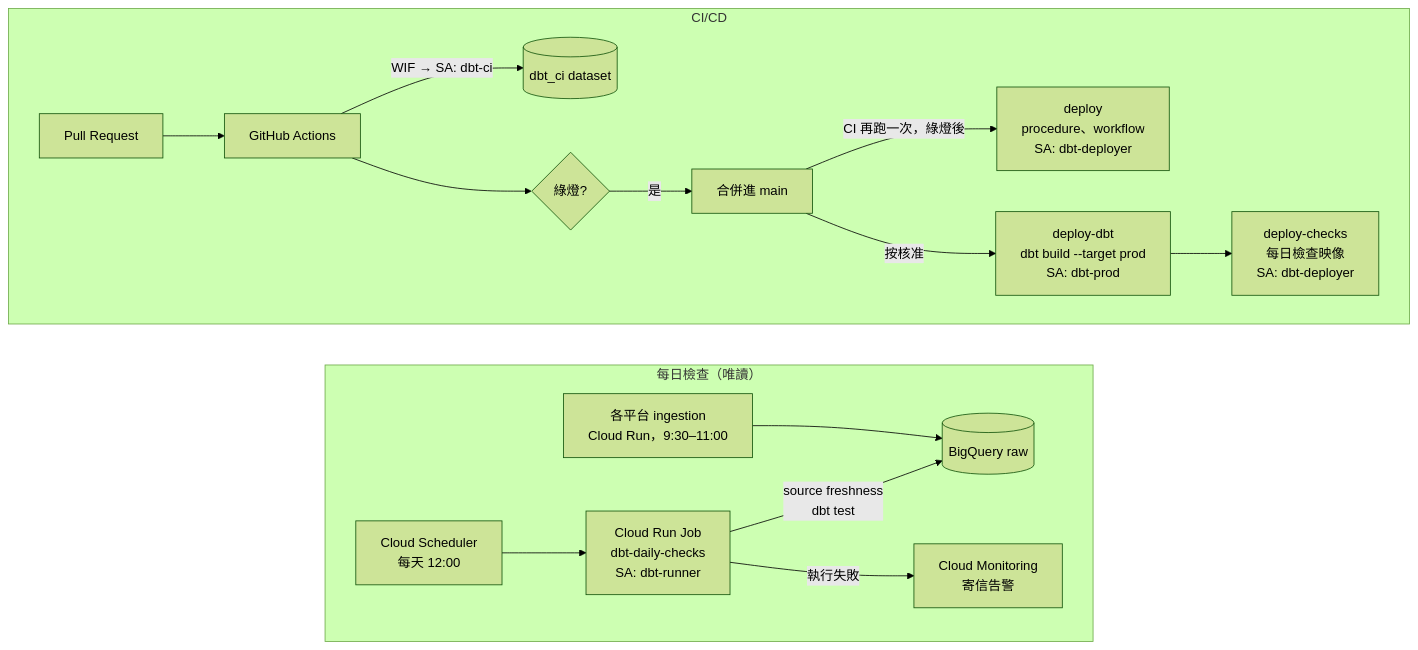
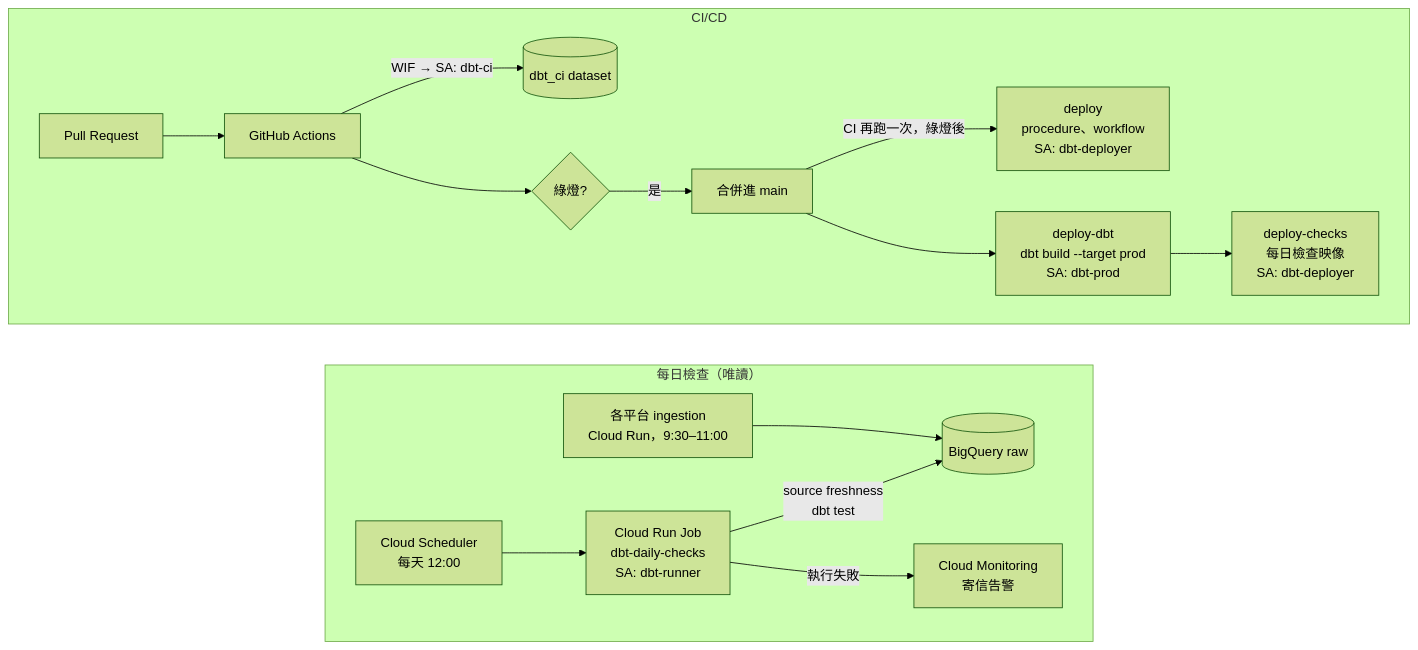
Before and after one commit to shangweiyang79/taiwanplus-dbt: the first of 2 diagrams in orchestration/README.md, drawn with Mermaid (forest theme). The commit also changed other lines of this file and 2 other files, not shown here.

First line of the commit message:
Run dbt build --target prod automatically after merge

````diff
--- a/orchestration/README.md
+++ b/orchestration/README.md
@@ -5,19 +5,19 @@
 ```mermaid
 flowchart LR
     subgraph daily["每日檢查（唯讀）"]
         direction LR
         ING["各平台 ingestion<br/>Cloud Run，9:30–11:00"] --> RAW[("BigQuery raw")]
         SCH["Cloud Scheduler<br/>每天 12:00"] --> JOB["Cloud Run Job<br/>dbt-daily-checks<br/>SA: dbt-runner"]
         JOB -->|"source freshness<br/>dbt test"| RAW
         JOB -->|執行失敗| MON["Cloud Monitoring<br/>寄信告警"]
     end
     subgraph ci["CI/CD"]
         direction LR
         PR["Pull Request"] --> GHA["GitHub Actions"]
         GHA -->|"WIF → SA: dbt-ci"| CIDS[("dbt_ci dataset")]
         GHA --> CHK{"綠燈?"}
         CHK -->|是| MAIN["合併進 main"]
         MAIN -->|"CI 再跑一次，綠燈後"| DEP["deploy<br/>procedure、workflow<br/>SA: dbt-deployer"]
-        MAIN -->|"按核准"| DDBT["deploy-dbt<br/>dbt build --target prod<br/>SA: dbt-prod"] --> DCHK["deploy-checks<br/>每日檢查映像<br/>SA: dbt-deployer"]
+        MAIN --> DDBT["deploy-dbt<br/>dbt build --target prod<br/>SA: dbt-prod"] --> DCHK["deploy-checks<br/>每日檢查映像<br/>SA: dbt-deployer"]
     end
 ```
````
